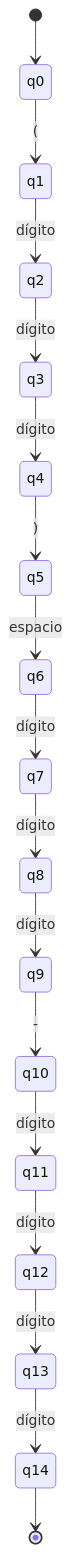
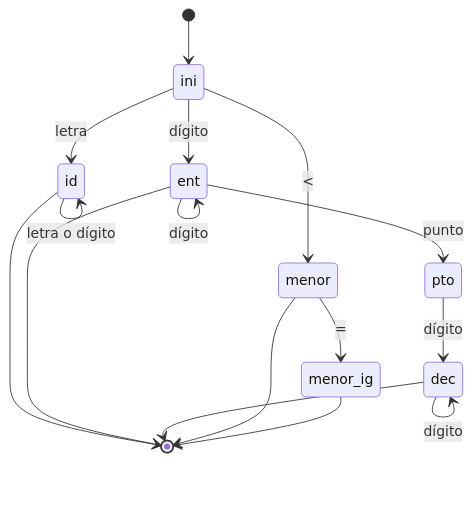
One commit to djaimej/computer-science-template changed the first of 2 diagrams in public/documents/semester-4/1/4122.md. Above: the diagram before and after it, drawn with Mermaid. The commit also changed other lines of this file and 7 other files, not shown here.

````diff
--- a/public/documents/semester-4/1/4122.md
+++ b/public/documents/semester-4/1/4122.md
@@ -48,19 +30,18 @@
 ```mermaid
 stateDiagram-v2
-    [*] --> q0
-    q0 --> q1: (
-    q1 --> q2: dígito
-    q2 --> q3: dígito
-    q3 --> q4: dígito
-    q4 --> q5: )
-    q5 --> q6: espacio
-    q6 --> q7: dígito
-    q7 --> q8: dígito
-    q8 --> q9: dígito
-    q9 --> q10: -
-    q10 --> q11: dígito
-    q11 --> q12: dígito
-    q12 --> q13: dígito
-    q13 --> q14: dígito
-    q14 --> [*]
+    [*] --> ini
+    ini --> id: letra
+    id --> id: letra o dígito
+    ini --> ent: dígito
+    ent --> ent: dígito
+    ent --> pto: punto
+    pto --> dec: dígito
+    dec --> dec: dígito
+    ini --> menor: <
+    menor --> menor_ig: =
+    id --> [*]
+    ent --> [*]
+    dec --> [*]
+    menor --> [*]
+    menor_ig --> [*]
 ```
````
